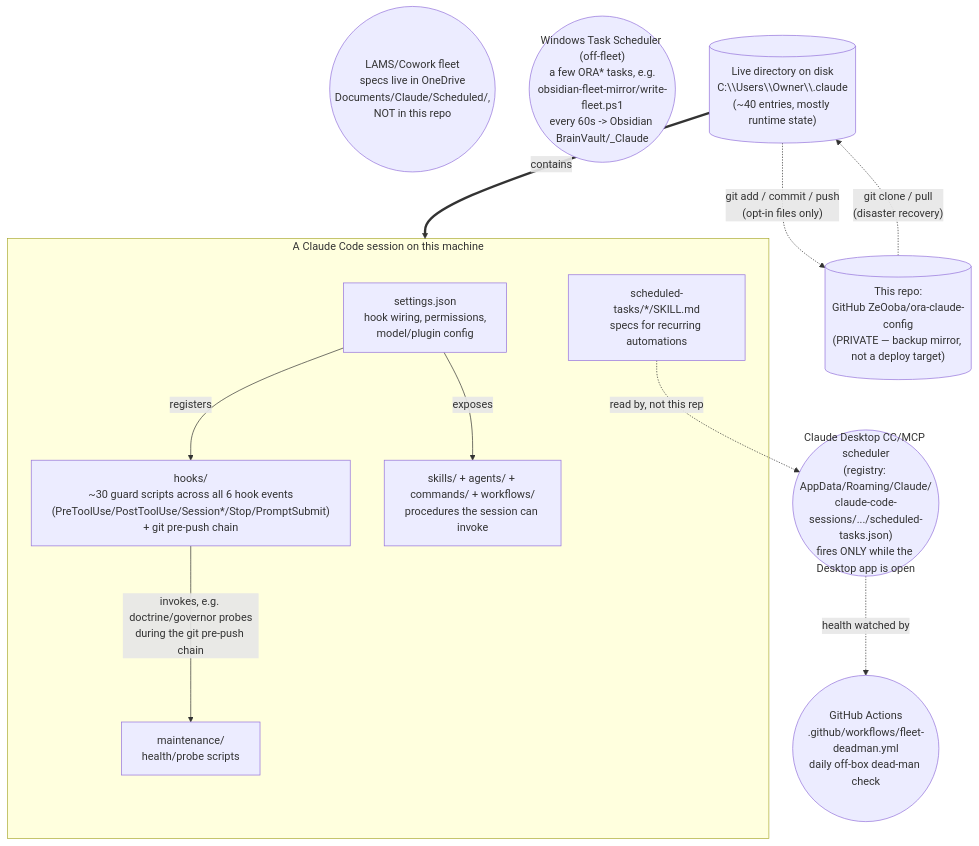
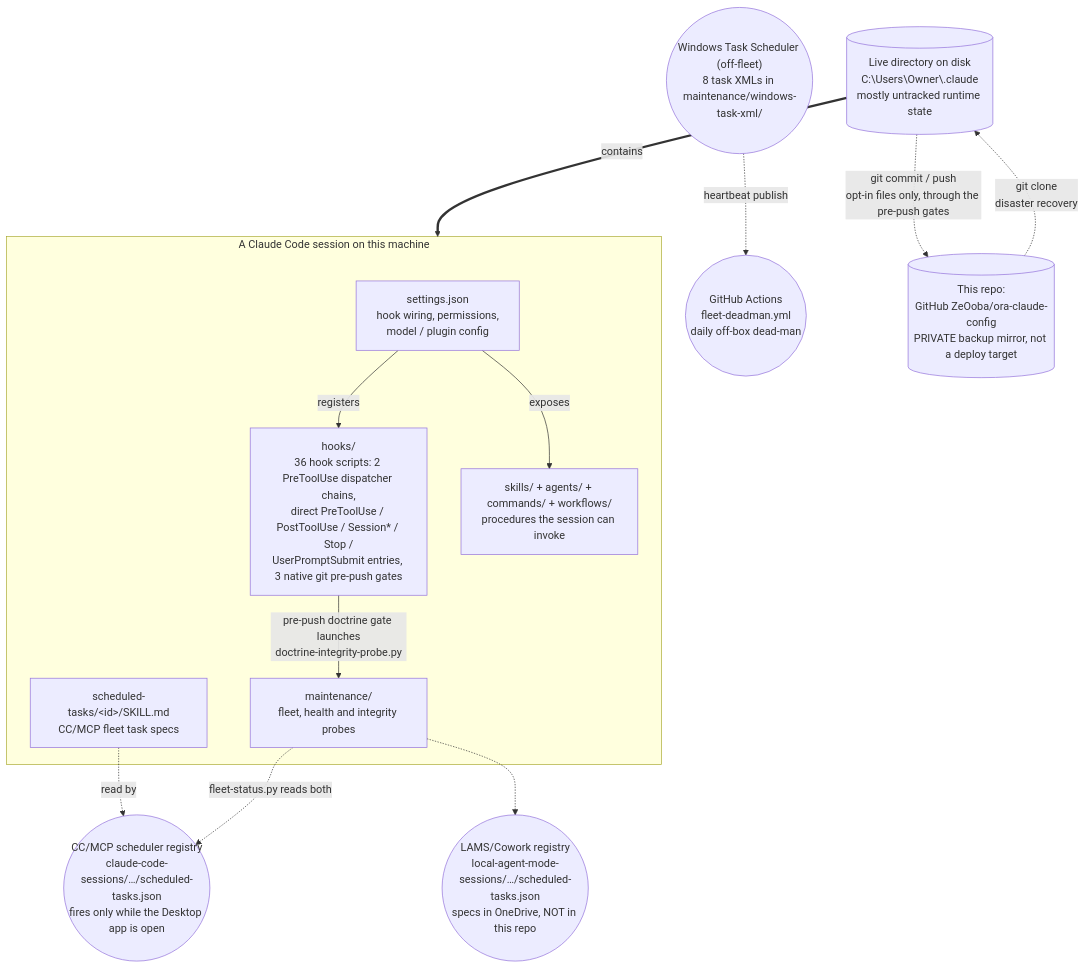
The first of 5 diagrams in README.md (ZeOoba/ora-claude-config), drawn with Mermaid before and after one commit. The commit also changed other lines of this file, not shown here.

Commit message:
docs: refresh README and architecture diagrams

````diff
--- a/README.md
+++ b/README.md
@@ -34,25 +43,27 @@
 ```mermaid
 flowchart TB
     subgraph SESSION["A Claude Code session on this machine"]
-        CFG["settings.json\nhook wiring, permissions,\nmodel/plugin config"]
-        HOOKS["hooks/\n~30 guard scripts across all 6 hook events\n(PreToolUse/PostToolUse/Session*/Stop/PromptSubmit)\n+ git pre-push chain"]
-        SKILLS["skills/ + agents/ + commands/ + workflows/\nprocedures the session can invoke"]
-        SCHED["scheduled-tasks/*/SKILL.md\nspecs for recurring automations"]
-        MAINT["maintenance/\nhealth/probe scripts"]
+        CFG["settings.json<br/>hook wiring, permissions,<br/>model / plugin config"]
+        HOOKS["hooks/<br/>36 hook scripts: 2 PreToolUse dispatcher chains,<br/>direct PreToolUse / PostToolUse / Session* / Stop /<br/>UserPromptSubmit entries, 3 native git pre-push gates"]
+        SKILLS["skills/ + agents/ + commands/ + workflows/<br/>procedures the session can invoke"]
+        SCHED["scheduled-tasks/&lt;id&gt;/SKILL.md<br/>CC/MCP fleet task specs"]
+        MAINT["maintenance/<br/>fleet, health and integrity probes"]
         CFG -->|registers| HOOKS
         CFG -->|exposes| SKILLS
-        HOOKS -->|invokes, e.g. doctrine/governor probes\nduring the git pre-push chain| MAINT
+        HOOKS -->|pre-push doctrine gate launches<br/>doctrine-integrity-probe.py| MAINT
     end
 
-    SCHEDULER(("Claude Desktop CC/MCP scheduler\n(registry: AppData/Roaming/Claude/\nclaude-code-sessions/.../scheduled-tasks.json)\nfires ONLY while the Desktop app is open"))
-    SCHED -.read by, not this repo.-> SCHEDULER
-    LAMS(("LAMS/Cowork fleet\nspecs live in OneDrive\nDocuments/Claude/Scheduled/,\nNOT in this repo"))
-    WINTASKS(("Windows Task Scheduler (off-fleet)\na few ORA* tasks, e.g.\nobsidian-fleet-mirror/write-fleet.ps1\nevery 60s -> Obsidian BrainVault/_Claude"))
-    DEADMAN(("GitHub Actions\n.github/workflows/fleet-deadman.yml\ndaily off-box dead-man check"))
-    SCHEDULER -.health watched by.-> DEADMAN
+    CCREG(("CC/MCP scheduler registry<br/>claude-code-sessions/…/scheduled-tasks.json<br/>fires only while the Desktop app is open"))
+    LAMS(("LAMS/Cowork registry<br/>local-agent-mode-sessions/…/scheduled-tasks.json<br/>specs in OneDrive, NOT in this repo"))
+    WINTASKS(("Windows Task Scheduler (off-fleet)<br/>8 task XMLs in maintenance/windows-task-xml/"))
+    DEADMAN(("GitHub Actions<br/>fleet-deadman.yml<br/>daily off-box dead-man"))
+    SCHED -.read by.-> CCREG
+    MAINT -.->|"fleet-status.py reads both"| CCREG
+    MAINT -.-> LAMS
+    WINTASKS -.->|"heartbeat publish"| DEADMAN
 
-    LOCALDIR[("Live directory on disk\nC:\\Users\\Owner\\.claude\n(~40 entries, mostly runtime state)")]
+    LOCALDIR[("Live directory on disk<br/>C:\Users\Owner\.claude<br/>mostly untracked runtime state")]
     LOCALDIR ==contains==> SESSION
-    LOCALDIR -.git add / commit / push\n(opt-in files only).-> REPO[("This repo:\nGitHub ZeOoba/ora-claude-config\n(PRIVATE — backup mirror, not a deploy target)")]
-    REPO -.git clone / pull\n(disaster recovery).-> LOCALDIR
+    LOCALDIR -.->|"git commit / push<br/>opt-in files only, through the pre-push gates"| REPO[("This repo:<br/>GitHub ZeOoba/ora-claude-config<br/>PRIVATE backup mirror, not a deploy target")]
+    REPO -.->|"git clone<br/>disaster recovery"| LOCALDIR
 ```
````
